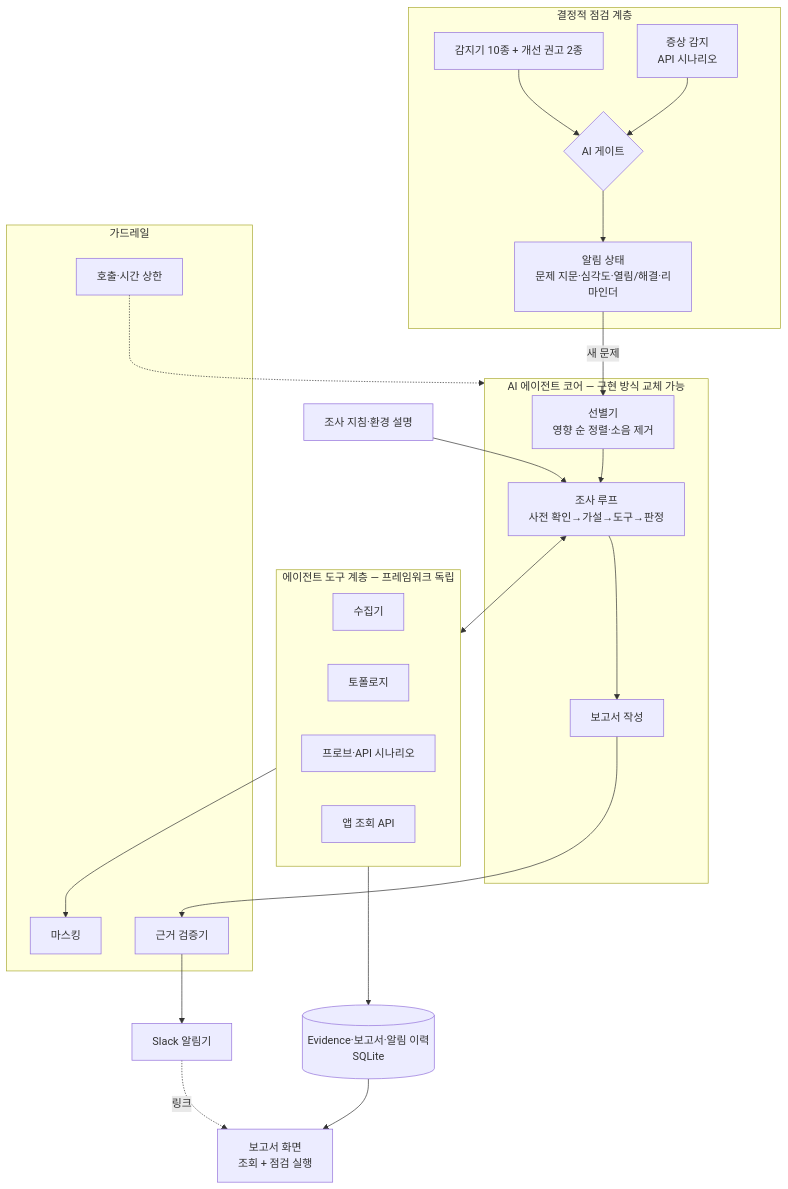
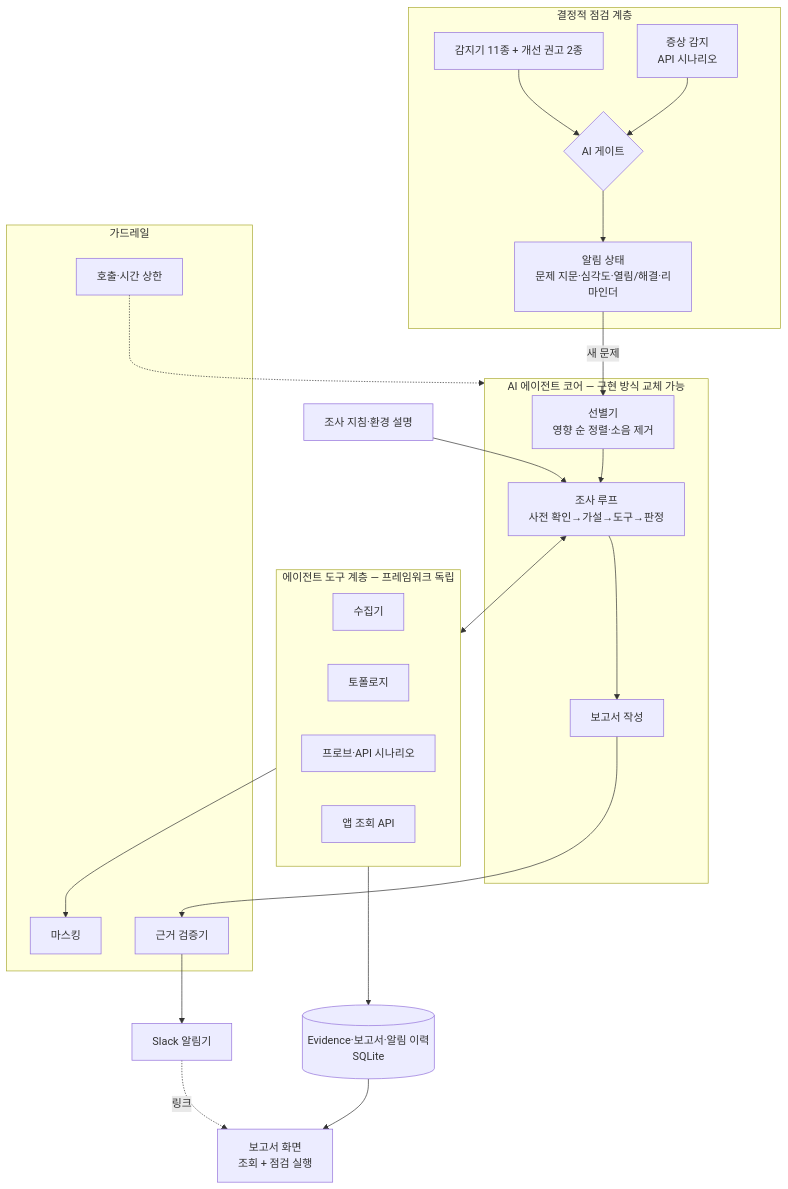
One commit to skax-jihyeryu/KubeGuardian changed the third of 3 diagrams in docs/01-project-proposal.md. Above: the diagram before and after it, drawn with Mermaid. The commit also changed other lines of this file and 8 other files, not shown here.

````diff
--- a/docs/01-project-proposal.md
+++ b/docs/01-project-proposal.md
@@ -228,37 +229,37 @@
 ```mermaid
 flowchart TB
     subgraph Det[결정적 점검 계층]
-        Rules[감지기 10종 + 개선 권고 2종]
+        Rules[감지기 11종 + 개선 권고 2종]
         Sym[증상 감지<br/>API 시나리오]
         Gate{AI 게이트}
         Alert[알림 상태<br/>문제 지문·심각도·열림/해결·리마인더]
         Rules --> Gate
         Sym --> Gate
         Gate --> Alert
     end
     subgraph Agent[AI 에이전트 코어 — 구현 방식 교체 가능]
         Triage[선별기<br/>영향 순 정렬·소음 제거]
         Inv[조사 루프<br/>사전 확인→가설→도구→판정]
         Writer[보고서 작성]
     end
     subgraph Tools[에이전트 도구 계층 — 프레임워크 독립]
         Col[수집기]
         Topo[토폴로지]
         Probe[프로브·API 시나리오]
         App[앱 조회 API]
     end
     subgraph Guard[가드레일]
         Mask[마스킹]
         Val[근거 검증기]
         Bud[호출·시간 상한]
     end
     Alert -->|새 문제| Triage --> Inv --> Writer
     Inv <--> Tools
     RB[조사 지침·환경 설명] --> Inv
     Tools --> Mask
     Writer --> Val --> Notify[Slack 알림기]
     Bud -.-> Agent
     Tools --> Store[(Evidence·보고서·알림 이력<br/>SQLite)]
     Store --> Screen[보고서 화면<br/>조회 + 점검 실행]
     Notify -. 링크 .-> Screen
 ```
````
